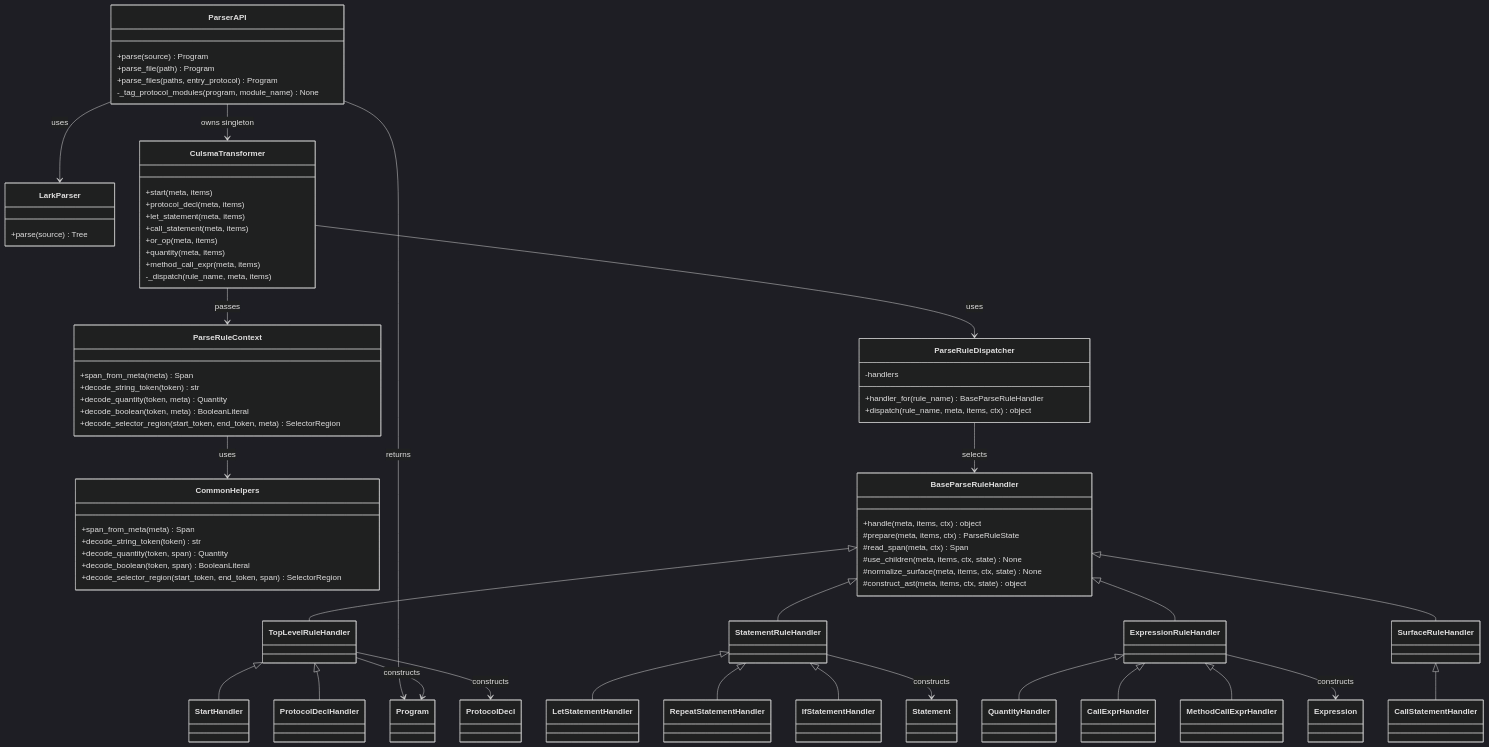
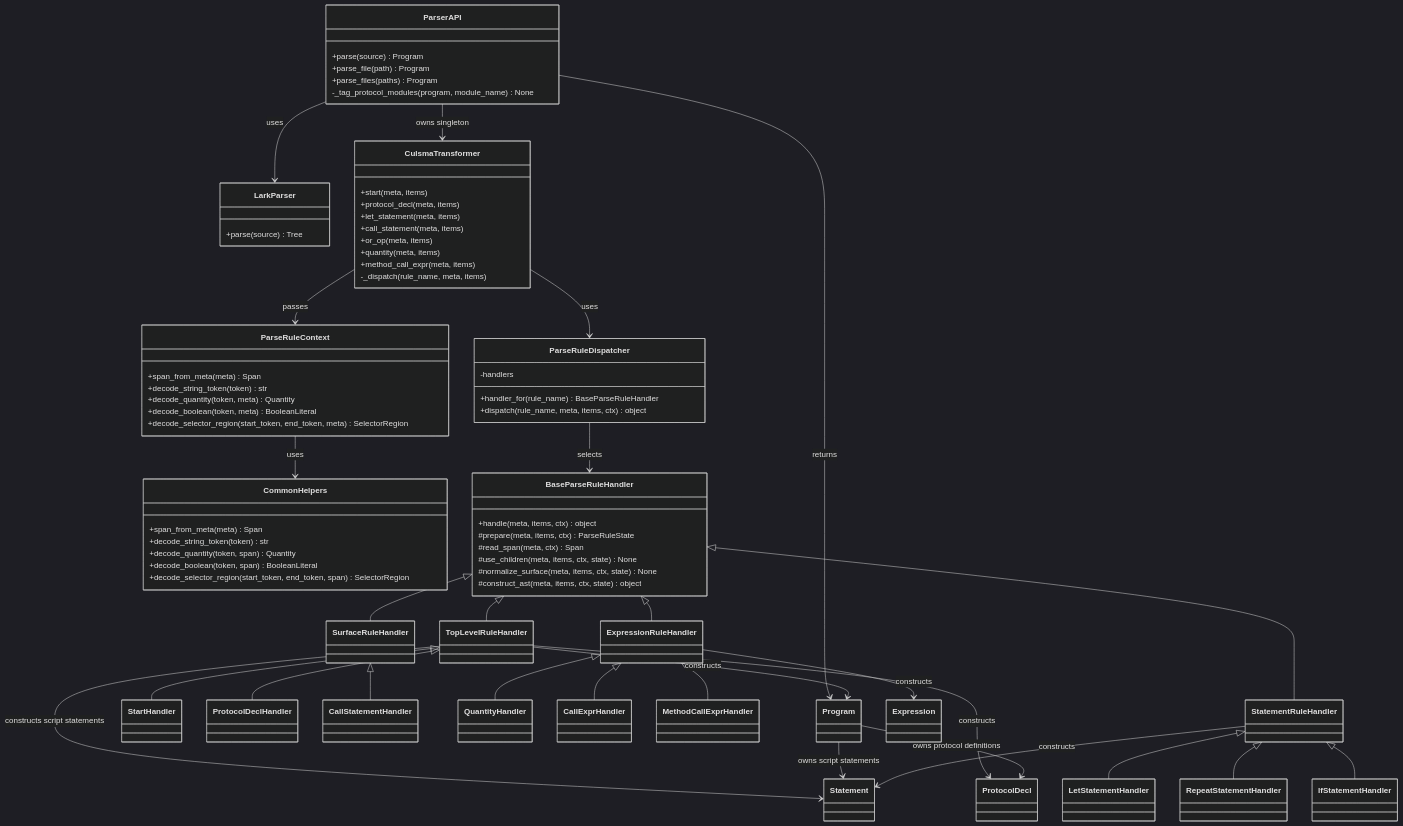
One commit to culsma/culsma changed the fifth of 5 diagrams in docs/architecture/parser_module_diagrams.md. Above: the diagram before and after it, drawn with Mermaid (dark theme). The commit also changed other lines of this file and 30 other files, not shown here.

Commit message:
feat: separate script entry execution

````diff
--- a/docs/architecture/parser_module_diagrams.md
+++ b/docs/architecture/parser_module_diagrams.md
@@ -147,7 +147,7 @@
     class ParserAPI {
         +parse(source) Program
         +parse_file(path) Program
-        +parse_files(paths, entry_protocol) Program
+        +parse_files(paths) Program
         -_tag_protocol_modules(program, module_name) None
     }
 
@@ -239,6 +239,9 @@
     ExpressionRuleHandler <|-- MethodCallExprHandler
     TopLevelRuleHandler --> Program : constructs
     TopLevelRuleHandler --> ProtocolDecl : constructs
+    TopLevelRuleHandler --> Statement : constructs script statements
+    Program --> Statement : owns script statements
+    Program --> ProtocolDecl : owns protocol definitions
     StatementRuleHandler --> Statement : constructs
     ExpressionRuleHandler --> Expression : constructs
 ```
````
